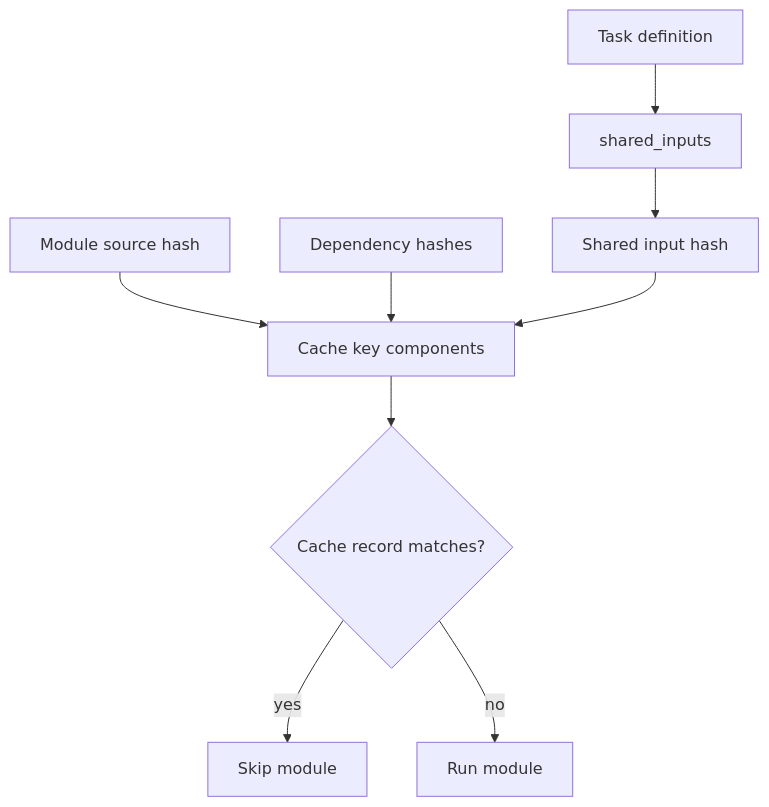
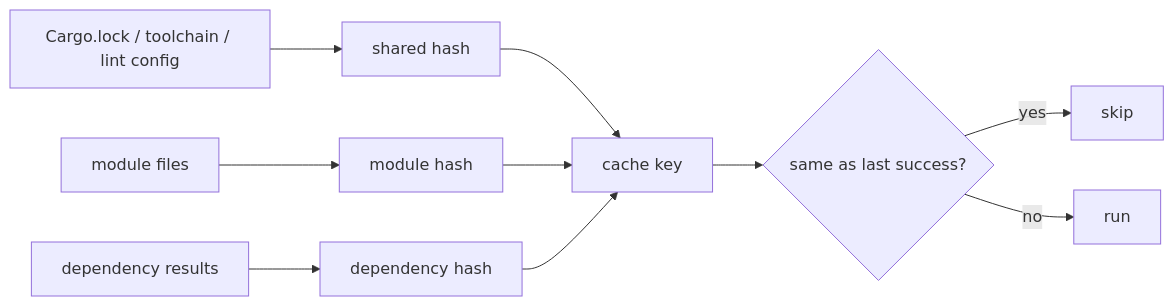
Before and after one commit to kbukum/toven: the fourth of 5 diagrams in docs/scenarios.md, drawn with Mermaid. The commit also changed other lines of this file and 3 other files, not shown here.

````diff
--- a/docs/scenarios.md
+++ b/docs/scenarios.md
@@ -73,11 +64,12 @@
 ```mermaid
-flowchart TD
-    Task[Task definition] --> Shared[shared_inputs]
-    Shared --> Hash[Shared input hash]
-    Module[Module source hash] --> Key[Cache key components]
-    Deps[Dependency hashes] --> Key
-    Hash --> Key
-    Key --> Decision{Cache record matches?}
-    Decision -->|yes| Skip[Skip module]
-    Decision -->|no| Run[Run module]
+flowchart LR
+    Shared["Cargo.lock / toolchain / lint config"] --> SharedHash["shared hash"]
+    Module["module files"] --> ModuleHash["module hash"]
+    Deps["dependency results"] --> DepHash["dependency hash"]
+    SharedHash --> Key["cache key"]
+    ModuleHash --> Key
+    DepHash --> Key
+    Key --> Decision{"same as last success?"}
+    Decision -->|"yes"| Skip["skip"]
+    Decision -->|"no"| Run["run"]
 ```
````
